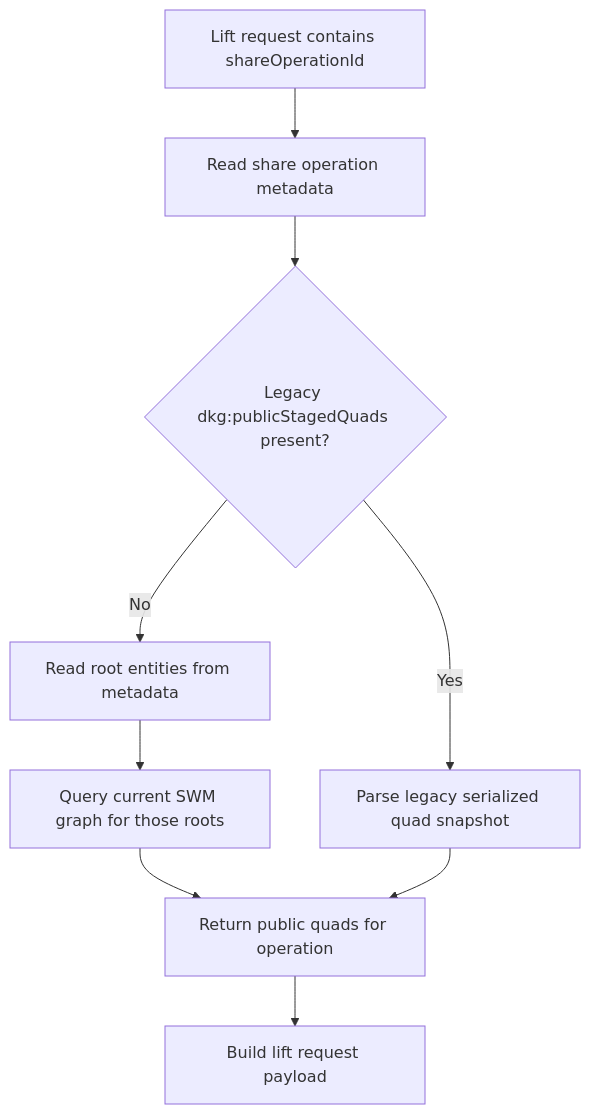
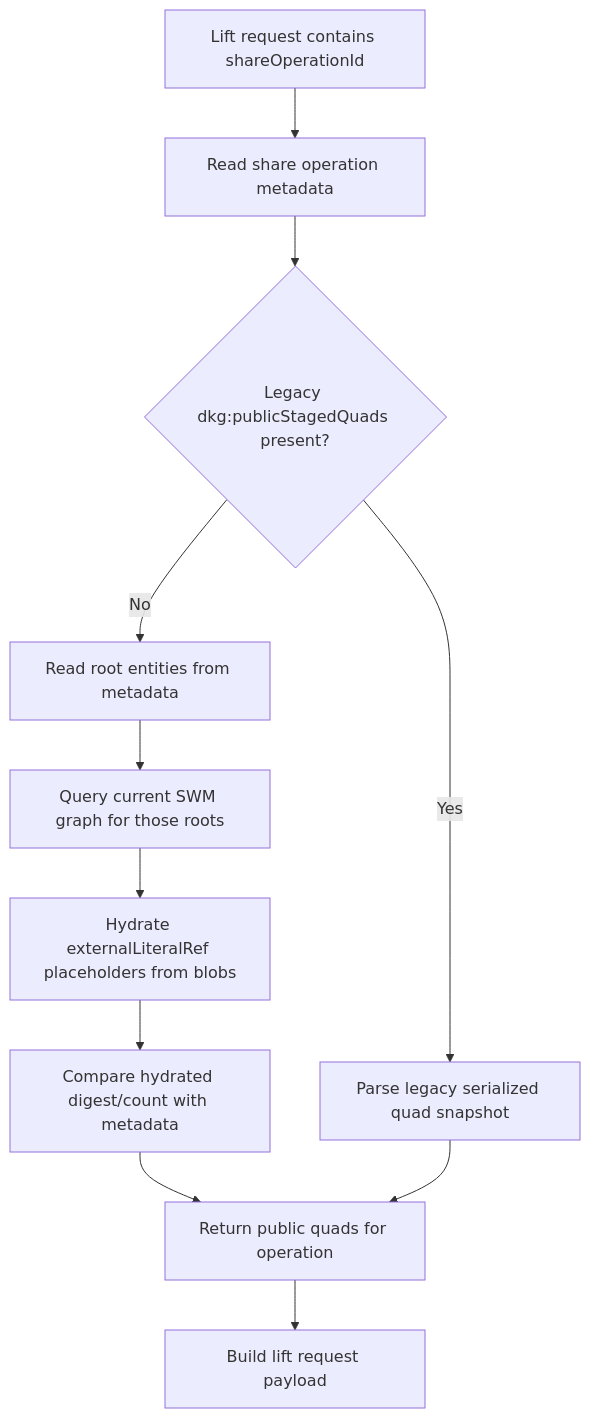
The fourth of 6 diagrams in docs/SWM_LARGE_PAYLOAD_STORAGE_AMPLIFICATION_PR.md (KilianTrunk/dkg), drawn with Mermaid before and after one commit. The commit also changed other lines of this file and 13 other files, not shown here.

````diff
--- a/docs/SWM_LARGE_PAYLOAD_STORAGE_AMPLIFICATION_PR.md
+++ b/docs/SWM_LARGE_PAYLOAD_STORAGE_AMPLIFICATION_PR.md
@@ -123,11 +181,13 @@
 ```mermaid
 flowchart TD
   A["Lift request contains shareOperationId"] --> B["Read share operation metadata"]
   B --> C{"Legacy dkg:publicStagedQuads present?"}
   C -->|Yes| D["Parse legacy serialized quad snapshot"]
   C -->|No| E["Read root entities from metadata"]
   E --> F["Query current SWM graph for those roots"]
-  F --> G["Return public quads for operation"]
+  F --> I["Hydrate externalLiteralRef placeholders from blobs"]
+  I --> J["Compare hydrated digest/count with metadata"]
+  J --> G["Return public quads for operation"]
   D --> G
   G --> H["Build lift request payload"]
 ```
````
